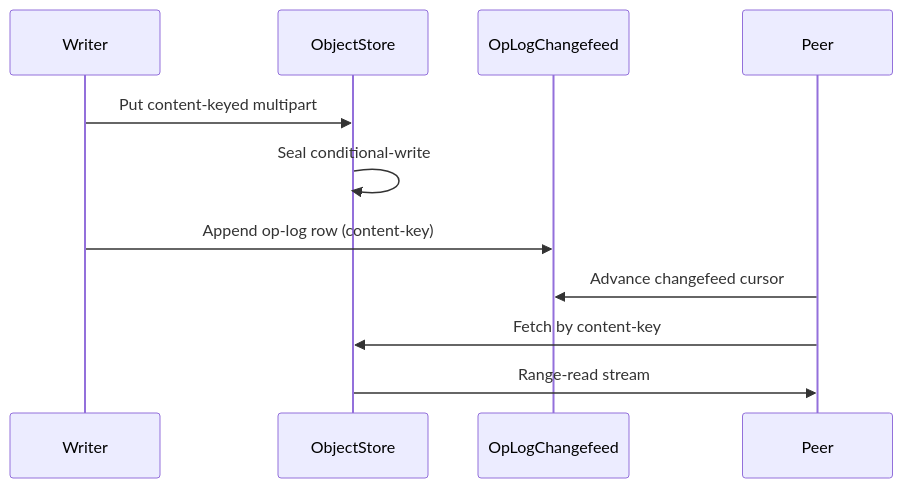
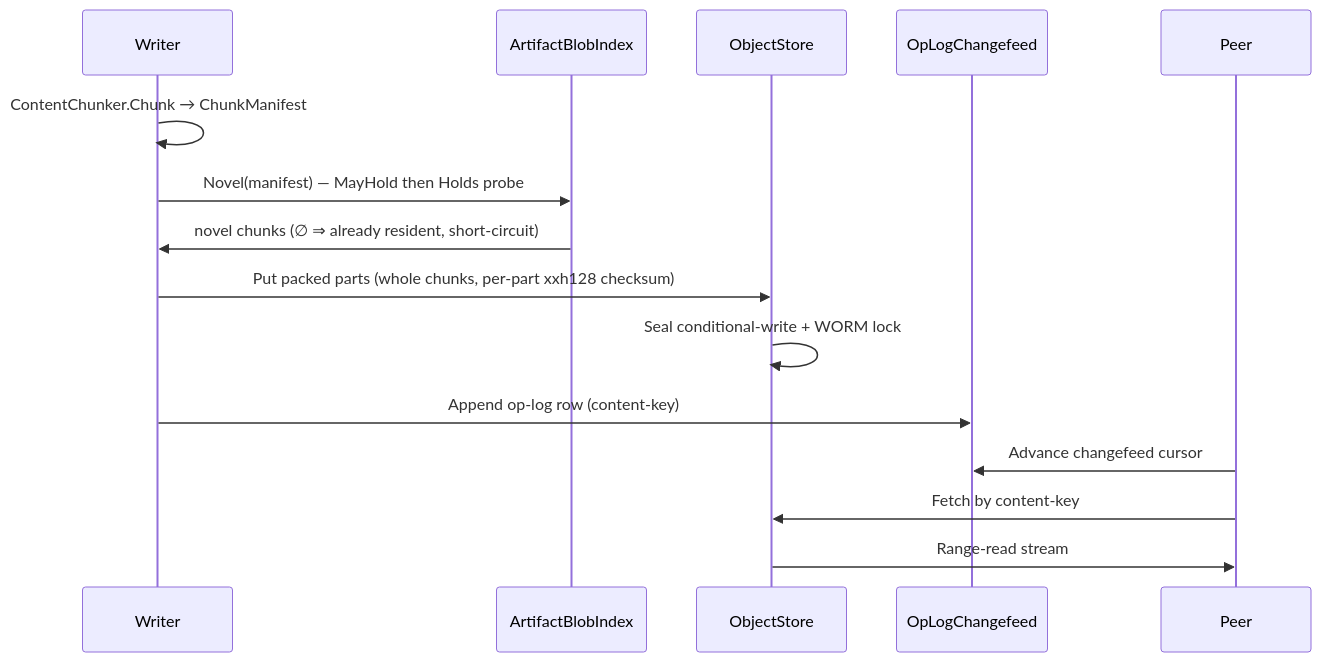
One commit to bsamiee/Rasm changed the diagram in libs/csharp/Rasm.Persistence/.planning/Store/remote.md. Above: the diagram before and after it, drawn with Mermaid. The commit also changed other lines of this file and 15 other files, not shown here.

````diff
--- a/libs/csharp/Rasm.Persistence/.planning/Store/remote.md
+++ b/libs/csharp/Rasm.Persistence/.planning/Store/remote.md
@@ -397,13 +770,17 @@
 ```mermaid
 sequenceDiagram
     participant W as Writer
+    participant I as ArtifactBlobIndex
     participant O as ObjectStore
     participant L as OpLogChangefeed
     participant P as Peer
-    W->>O: Put content-keyed multipart
-    O->>O: Seal conditional-write
+    W->>W: ContentChunker.Chunk → ChunkManifest
+    W->>I: Novel(manifest) — MayHold then Holds probe
+    I->>W: novel chunks (∅ ⇒ already resident, short-circuit)
+    W->>O: Put packed parts (whole chunks, per-part xxh128 checksum)
+    O->>O: Seal conditional-write + WORM lock
     W->>L: Append op-log row (content-key)
     P->>L: Advance changefeed cursor
     P->>O: Fetch by content-key
     O->>P: Range-read stream
 ```
````
